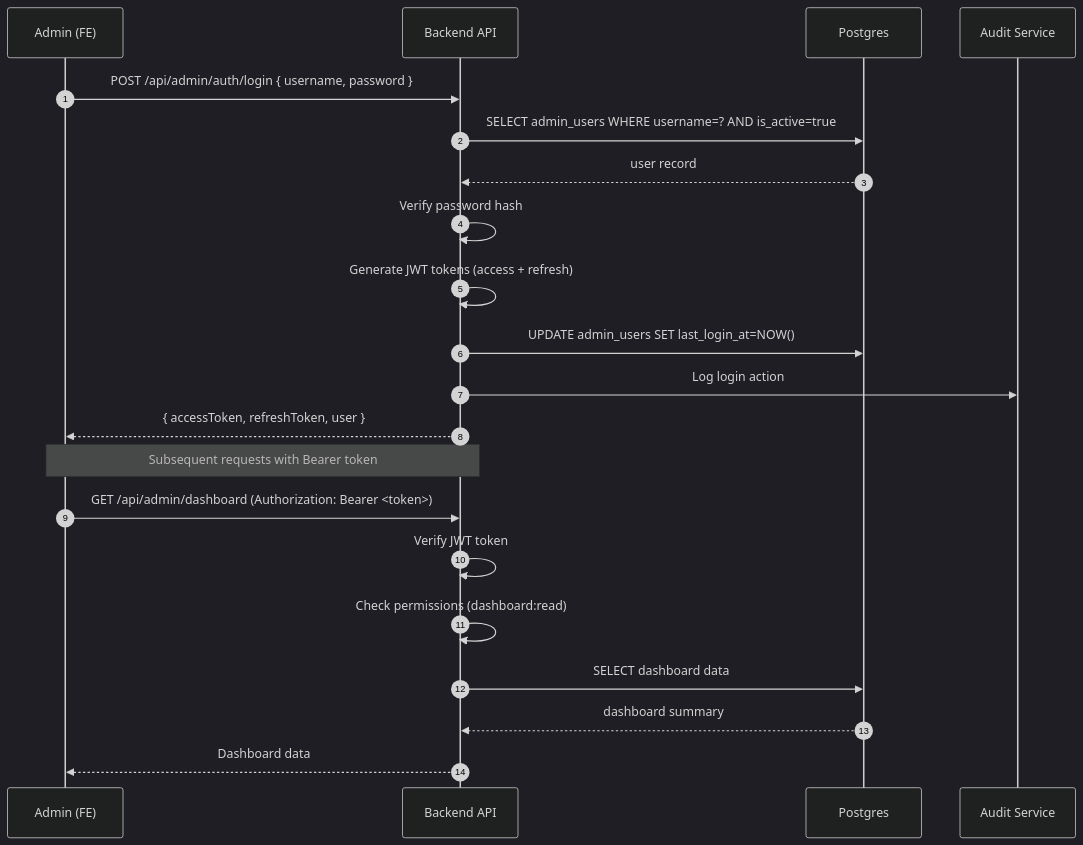
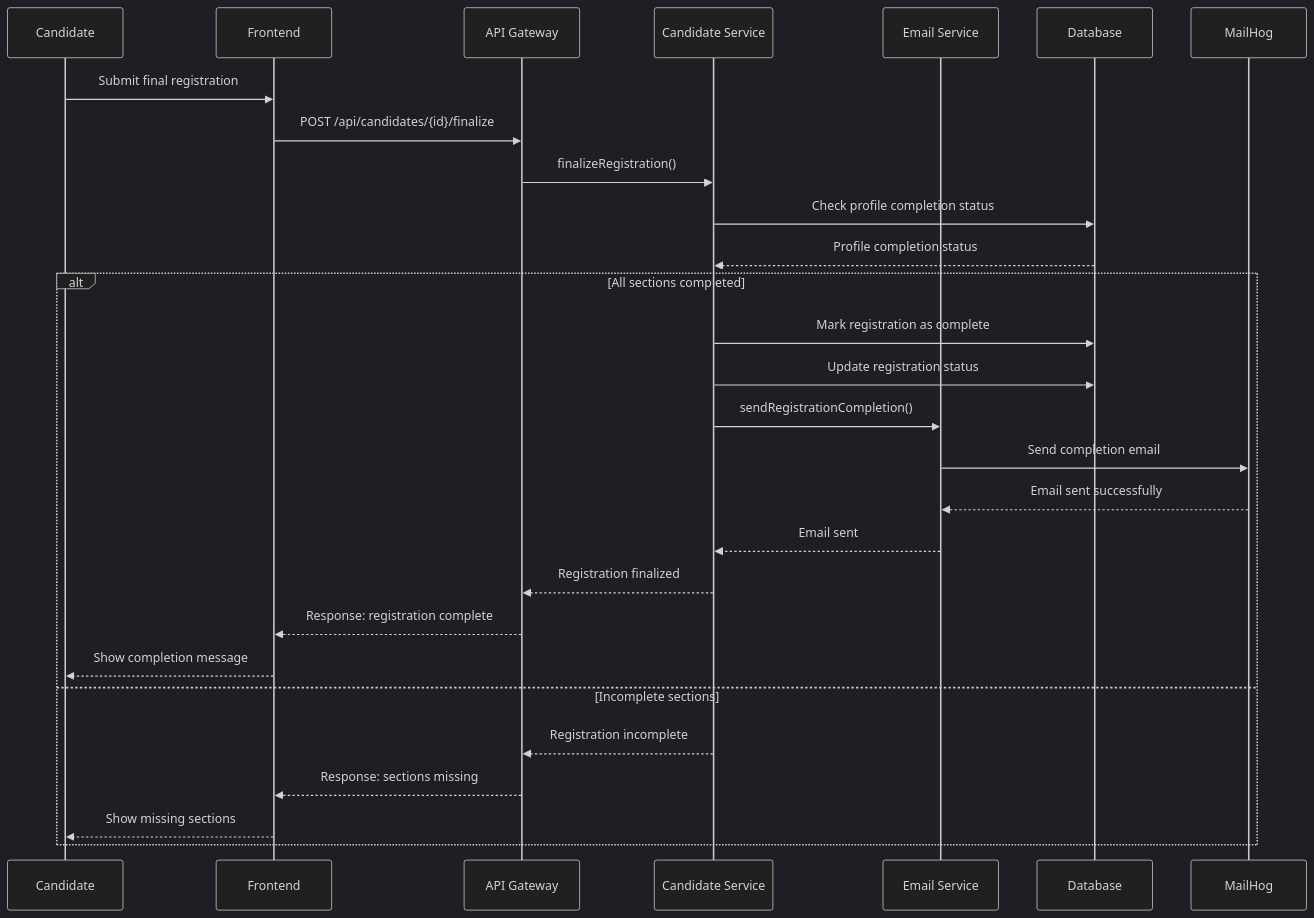
One commit to sbikelly/fuep_api changed the fifth of 17 diagrams in docs/sequence-diagrams.md. Above: the diagram before and after it, drawn with Mermaid (dark theme). The commit also changed other lines of this file and 35 other files, not shown here.

````diff
--- a/docs/sequence-diagrams.md
+++ b/docs/sequence-diagrams.md
@@ -346,25 +185,32 @@
 ```mermaid
 sequenceDiagram
-  autonumber
-  participant ADM as Admin (FE)
-  participant API as Backend API
-  participant DB as Postgres
-  participant AUDIT as Audit Service
+    participant C as Candidate
+    participant F as Frontend
+    participant A as API Gateway
+    participant CS as Candidate Service
+    participant ES as Email Service
+    participant DB as Database
+    participant M as MailHog
 
-  ADM->>API: POST /api/admin/auth/login { username, password }
-  API->>DB: SELECT admin_users WHERE username=? AND is_active=true
-  DB-->>API: user record
-  API->>API: Verify password hash
-  API->>API: Generate JWT tokens (access + refresh)
-  API->>DB: UPDATE admin_users SET last_login_at=NOW()
-  API->>AUDIT: Log login action
-  API-->>ADM: { accessToken, refreshToken, user }
+    C->>F: Submit final registration
+    F->>A: POST /api/candidates/{id}/finalize
+    A->>CS: finalizeRegistration()
 
-  Note over ADM,API: Subsequent requests with Bearer token
-  ADM->>API: GET /api/admin/dashboard (Authorization: Bearer <token>)
-  API->>API: Verify JWT token
-  API->>API: Check permissions (dashboard:read)
-  API->>DB: SELECT dashboard data
-  DB-->>API: dashboard summary
-  API-->>ADM: Dashboard data
+    CS->>DB: Check profile completion status
+    DB-->>CS: Profile completion status
+    alt All sections completed
+        CS->>DB: Mark registration as complete
+        CS->>DB: Update registration status
+        CS->>ES: sendRegistrationCompletion()
+        ES->>M: Send completion email
+        M-->>ES: Email sent successfully
+        ES-->>CS: Email sent
+        CS-->>A: Registration finalized
+        A-->>F: Response: registration complete
+        F-->>C: Show completion message
+    else Incomplete sections
+        CS-->>A: Registration incomplete
+        A-->>F: Response: sections missing
+        F-->>C: Show missing sections
+    end
 ```
````
